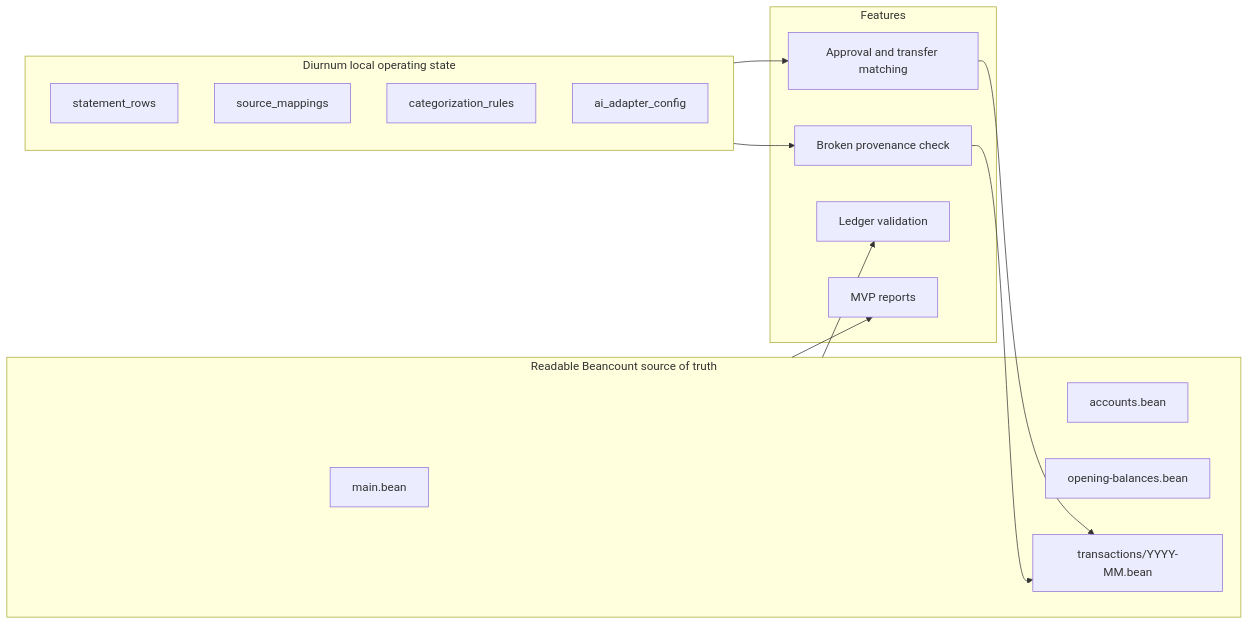
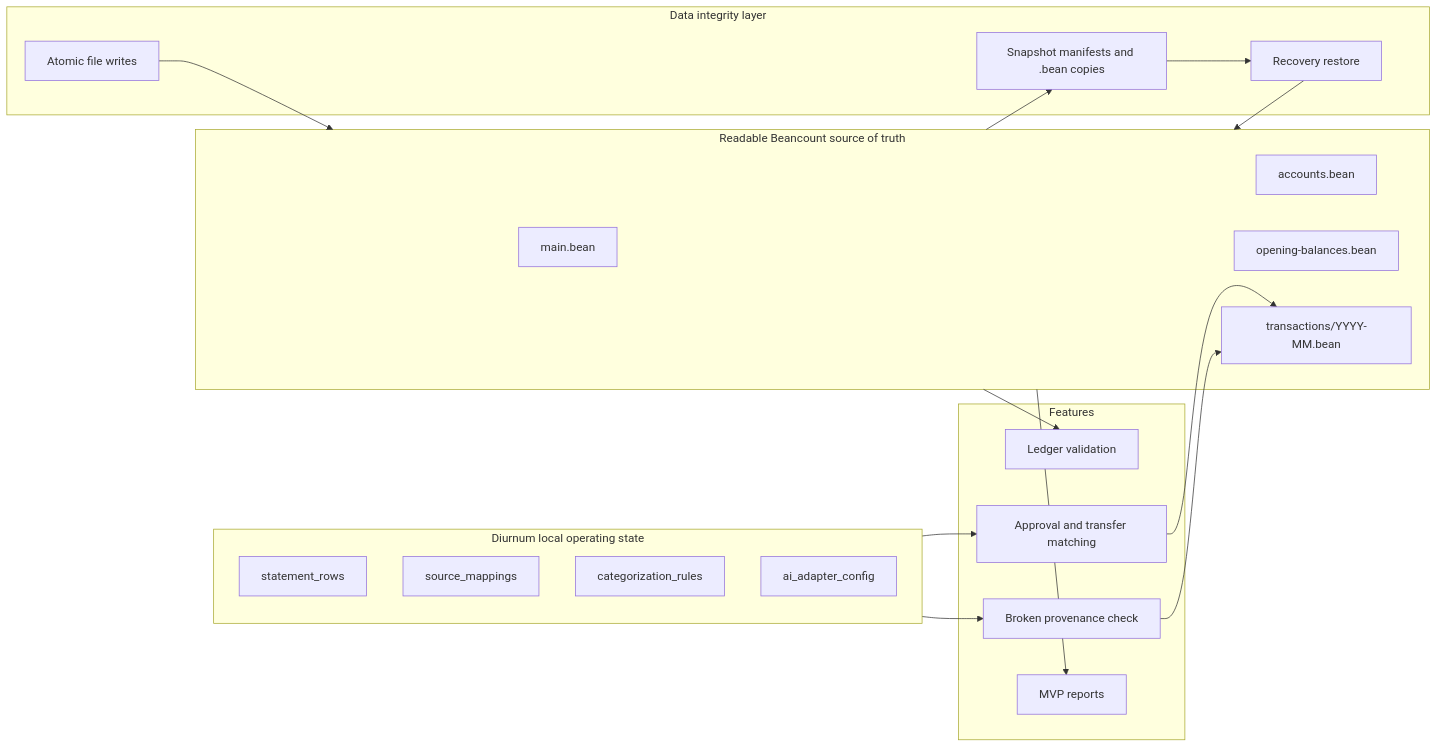
Before and after one commit to Diurnum-Dev/Diurnum: the third of 4 diagrams in docs/architecture.md, drawn with Mermaid. The commit also changed other lines of this file and 16 other files, not shown here.

Commit message:
feat: add data integrity layer

````diff
--- a/docs/architecture.md
+++ b/docs/architecture.md
@@ -76,30 +80,40 @@
 ```mermaid
 flowchart LR
   subgraph LedgerFiles[Readable Beancount source of truth]
     Main[main.bean]
     Accounts[accounts.bean]
     Opening[opening-balances.bean]
     Monthly[transactions/YYYY-MM.bean]
   end
 
   subgraph SQLite[Diurnum local operating state]
     Rows[statement_rows]
     Mappings[source_mappings]
     Rules[categorization_rules]
     Adapter[ai_adapter_config]
   end
 
   subgraph Features[Features]
     Validation[Ledger validation]
     Approval[Approval and transfer matching]
     Provenance[Broken provenance check]
     Reports[MVP reports]
   end
 
+  subgraph Integrity[Data integrity layer]
+    Atomic[Atomic file writes]
+    Snapshots[Snapshot manifests and .bean copies]
+    Recovery[Recovery restore]
+  end
+
   LedgerFiles --> Validation
   LedgerFiles --> Reports
   SQLite --> Approval
   SQLite --> Provenance
+  Atomic --> LedgerFiles
+  LedgerFiles --> Snapshots
+  Snapshots --> Recovery
+  Recovery --> LedgerFiles
   Approval --> Monthly
   Provenance --> Monthly
 ```
````
